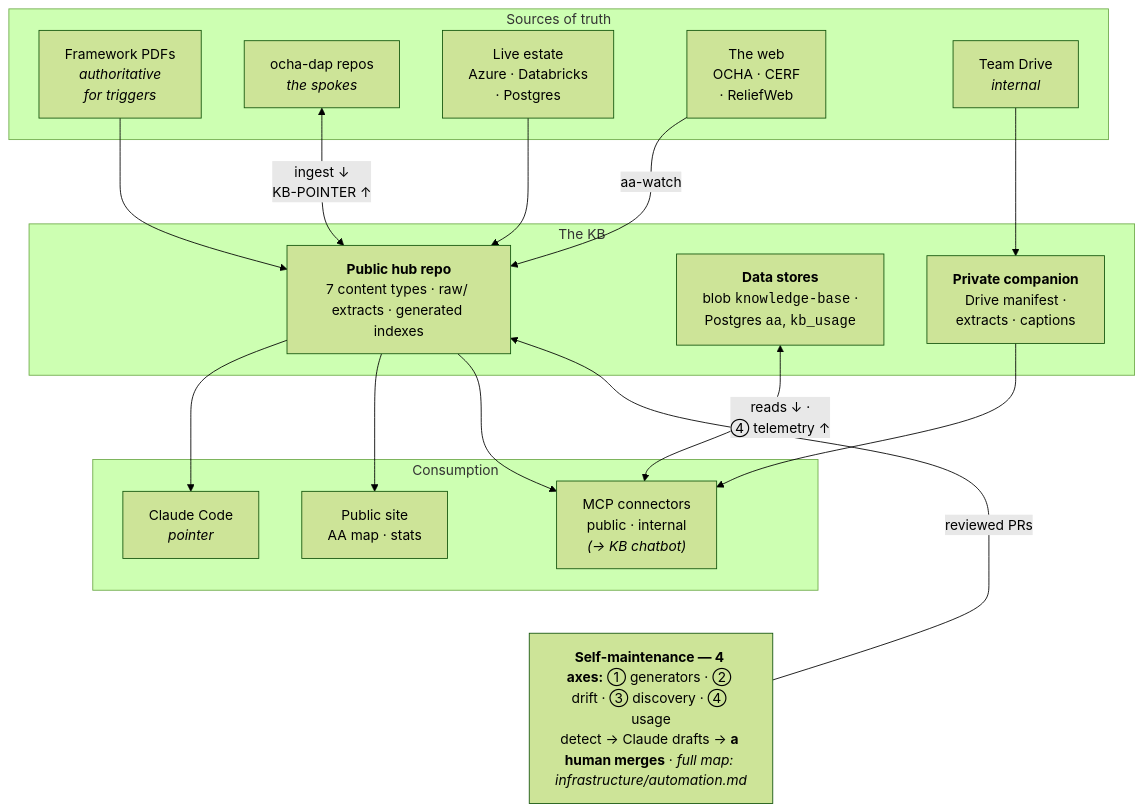
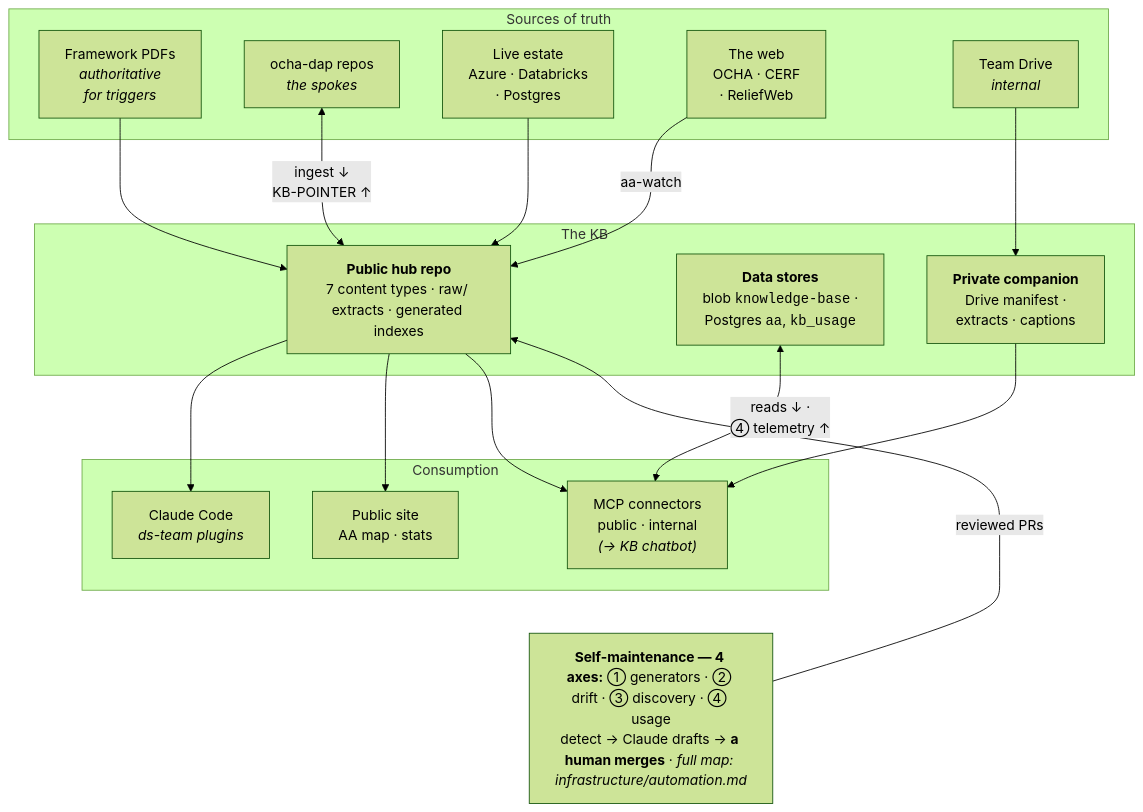
Before and after one commit to OCHA-DAP/ds-knowledge-base: the diagram in docs/DESIGN.md, drawn with Mermaid (forest theme). The commit also changed other lines of this file and 4 other files, not shown here.

First line of the commit message:
docs: remove rotted global-claude-pointer.md; record #266 as merged (D95)

````diff
--- a/docs/DESIGN.md
+++ b/docs/DESIGN.md
@@ -13,40 +13,40 @@
 ```mermaid
 flowchart TD
   subgraph SRC["Sources of truth"]
     PDF["Framework PDFs<br/><i>authoritative<br/>for triggers</i>"]
     Repos["ocha-dap repos<br/><i>the spokes</i>"]
     Live["Live estate<br/>Azure · Databricks<br/>· Postgres"]
     Web["The web<br/>OCHA · CERF<br/>· ReliefWeb"]
     Drive["Team Drive<br/><i>internal</i>"]
   end
 
   subgraph KB["The KB"]
     Hub["<b>Public hub repo</b><br/>7 content types · raw/ extracts · generated indexes"]
     Int["<b>Private companion</b><br/>Drive manifest ·<br/>extracts · captions"]
     Data["<b>Data stores</b><br/>blob <code>knowledge-base</code> ·<br/>Postgres <code>aa</code>, <code>kb_usage</code>"]
   end
 
   subgraph OUT["Consumption"]
-    CC["Claude Code<br/><i>pointer</i>"]
+    CC["Claude Code<br/><i>ds-team plugins</i>"]
     Site["Public site<br/>AA map · stats"]
     MCP["MCP connectors<br/>public · internal<br/><i>(→ KB chatbot)</i>"]
   end
 
   Maint["<b>Self-maintenance — 4 axes:</b> ① generators · ② drift · ③ discovery · ④ usage<br/>detect → Claude drafts → <b>a human merges</b> · <i>full map: infrastructure/automation.md</i>"]
 
   PDF --> Hub
   Repos <-->|"ingest ↓<br/>KB-POINTER ↑"| Hub
   Live --> Hub
   Web -->|"aa-watch"| Hub
   Drive --> Int
   Web ~~~ Data
 
   Hub --> CC
   Hub --> Site
   Hub --> MCP
   Int --> MCP
   Data <-->|"reads ↓ ·<br/>④ telemetry ↑"| MCP
 
   MCP ~~~ Maint
   Maint -->|"reviewed PRs"| Hub
 ```
````
